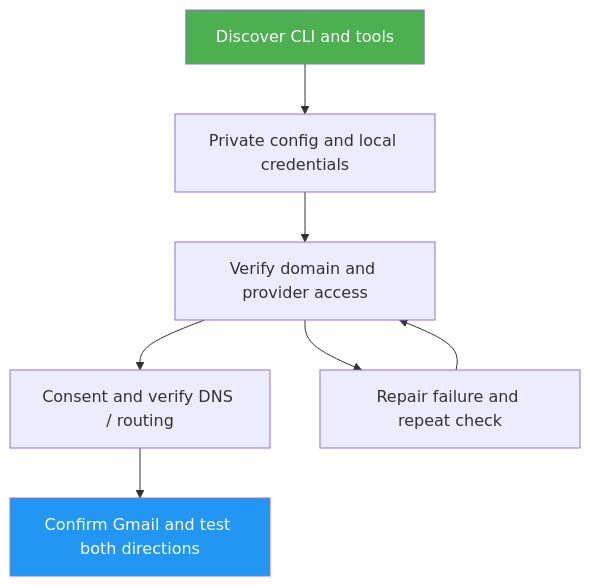
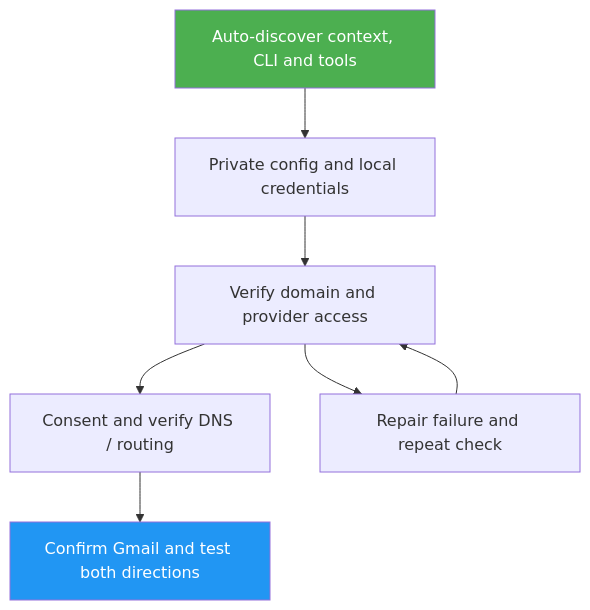
The diagram in .agents/skills/cmail-setup/docs/README.md (luongnv89/cmail), drawn with Mermaid before and after one commit. The commit also changed other lines of this file and 18 other files, not shown here.

First line of the commit message:
feat(skill): auto-discover setup context in cmail-setup (#11) (#13)

````diff
--- a/.agents/skills/cmail-setup/docs/README.md
+++ b/.agents/skills/cmail-setup/docs/README.md
@@ -31,11 +32,11 @@
 ```mermaid
 graph TD
-    A[Discover CLI and tools] --> B[Private config and local credentials]
+    A[Auto-discover context, CLI and tools] --> B[Private config and local credentials]
     B --> C[Verify domain and provider access]
     C --> D[Consent and verify DNS / routing]
     D --> E[Confirm Gmail and test both directions]
     C --> F[Repair failure and repeat check]
     F --> C
     style A fill:#4CAF50,color:#fff
     style E fill:#2196F3,color:#fff
 ```
````
